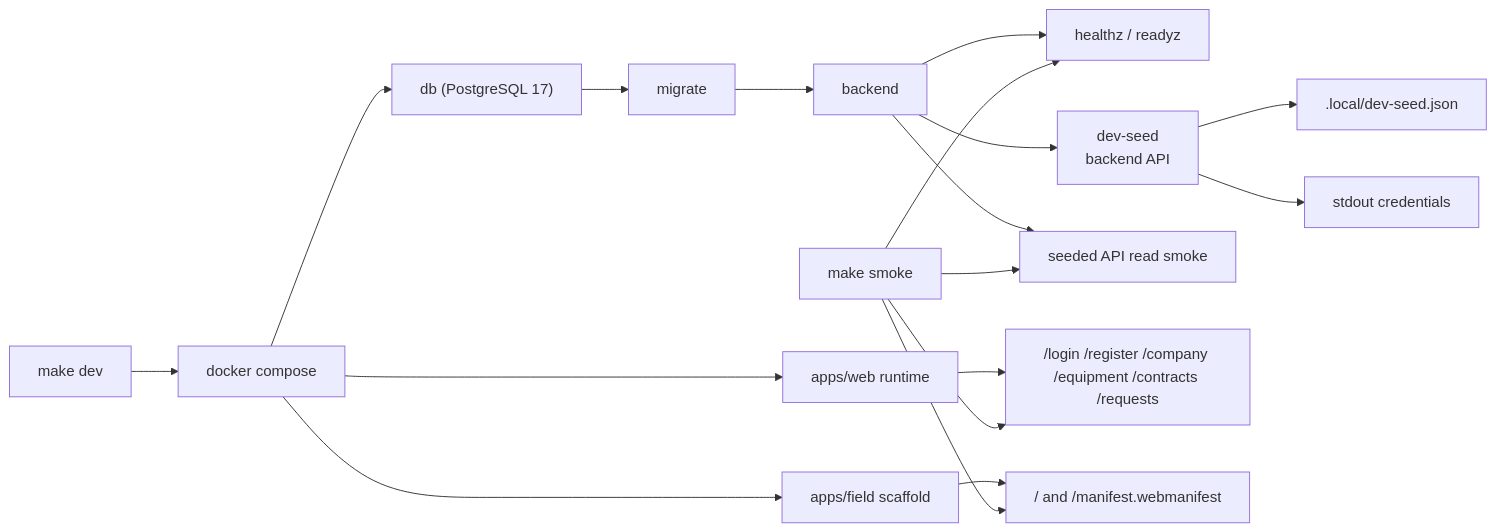
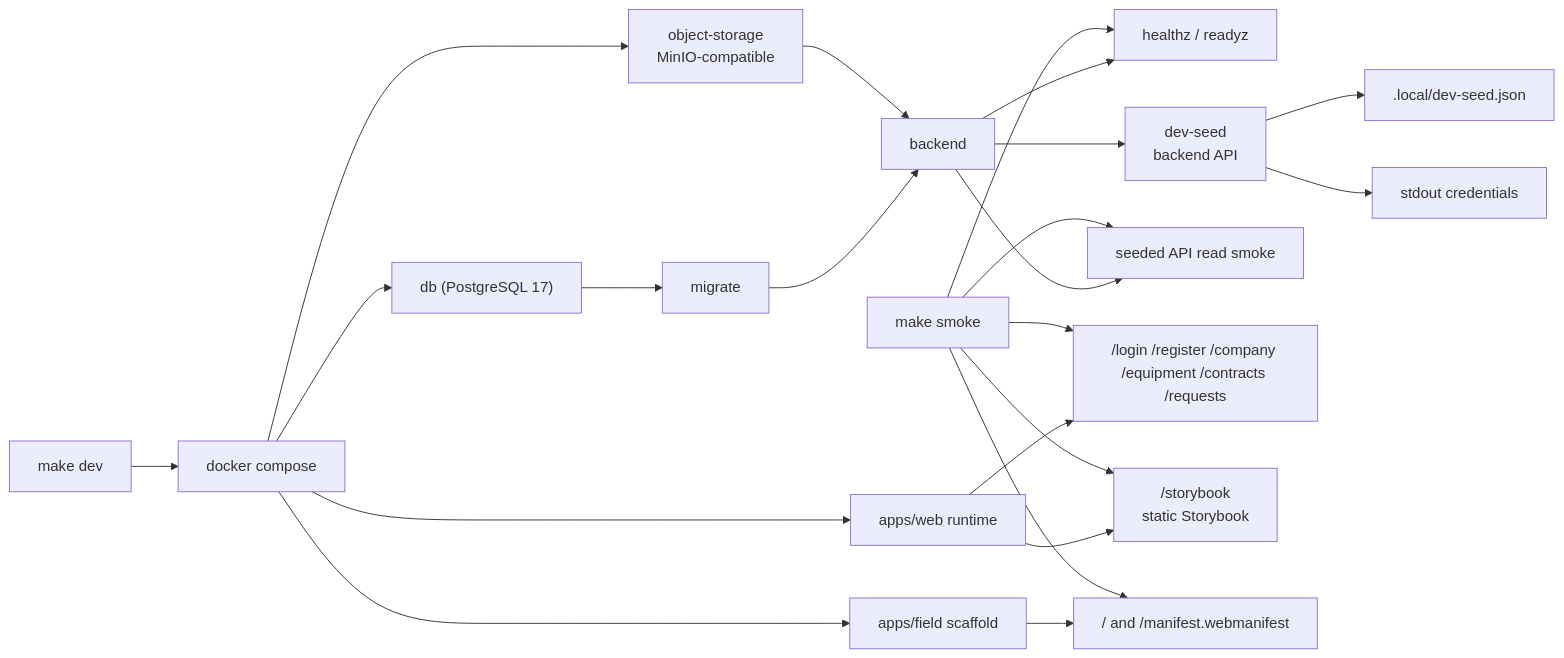
Before and after one commit to vrk-app/vrk: the first of 2 diagrams in docs/architecture/platform-runtime-baseline.md, drawn with Mermaid. The commit also changed other lines of this file and 127 other files, not shown here.

````diff
--- a/docs/architecture/platform-runtime-baseline.md
+++ b/docs/architecture/platform-runtime-baseline.md
@@ -43,20 +46,24 @@
 ```mermaid
 flowchart LR
     A["make dev"] --> B["docker compose"]
     B --> C["db (PostgreSQL 17)"]
+    B --> Q["object-storage<br/>MinIO-compatible"]
     C --> D["migrate"]
     D --> E["backend"]
+    Q --> E
     E --> F["healthz / readyz"]
     E --> G["dev-seed<br/>backend API"]
     G --> H[".local/dev-seed.json"]
     E --> I["seeded API read smoke"]
     B --> J["apps/web runtime"]
     B --> K["apps/field scaffold"]
     G --> O["stdout credentials"]
     J --> M["/login /register /company /equipment /contracts /requests"]
+    J --> P["/storybook<br/>static Storybook"]
     K --> N["/ and /manifest.webmanifest"]
     S["make smoke"] --> F
     S --> I
     S --> M
+    S --> P
     S --> N
 ```
````
